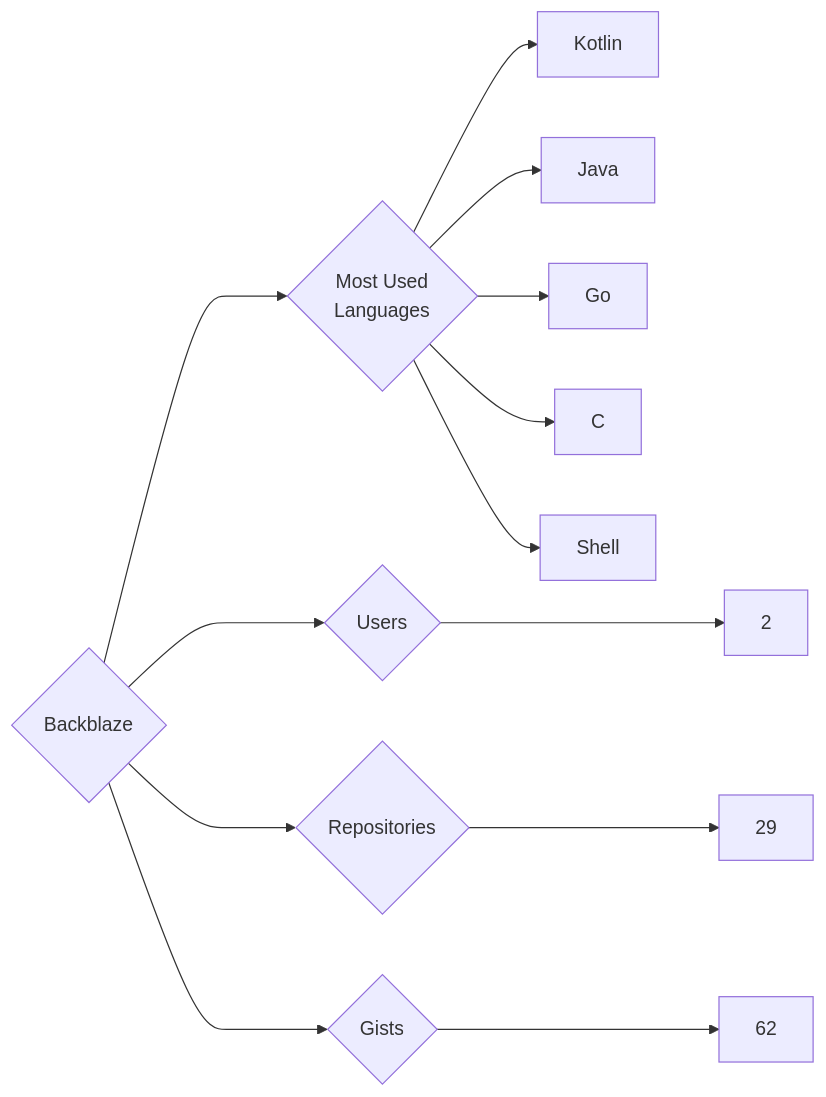
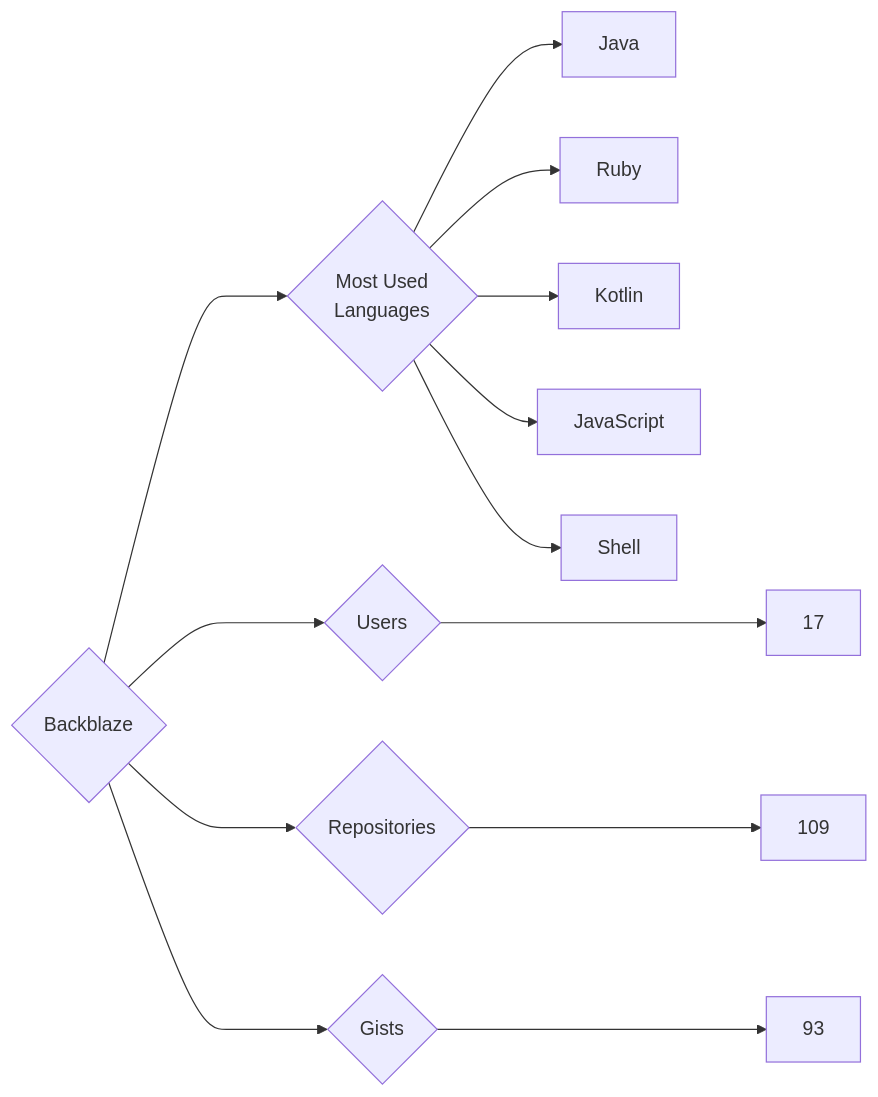
Before and after one commit to trickest/insiders: the diagram in targets/Backblaze/README.md, drawn with Mermaid. The commit also changed 984 other files, not shown here.

````diff
--- a/targets/Backblaze/README.md
+++ b/targets/Backblaze/README.md
@@ -3,13 +3,13 @@
 ```mermaid
 graph LR
 COMPANY_NAME{Backblaze}
-COMPANY_NAME ---> U{Users} ---> UN[2]
-COMPANY_NAME ---> R{Repositories} ---> RN[29]
-COMPANY_NAME ---> G{Gists} ---> GN[62]
+COMPANY_NAME ---> U{Users} ---> UN[17]
+COMPANY_NAME ---> R{Repositories} ---> RN[109]
+COMPANY_NAME ---> G{Gists} ---> GN[93]
 COMPANY_NAME ---> ML{Most Used<br>Languages}
+ML --> Java[Java]
+ML --> Ruby[Ruby]
 ML --> Kotlin[Kotlin]
-ML --> Java[Java]
-ML --> Go[Go]
-ML --> C[C]
+ML --> JavaScript[JavaScript]
 ML --> Shell[Shell]
 ```
````
